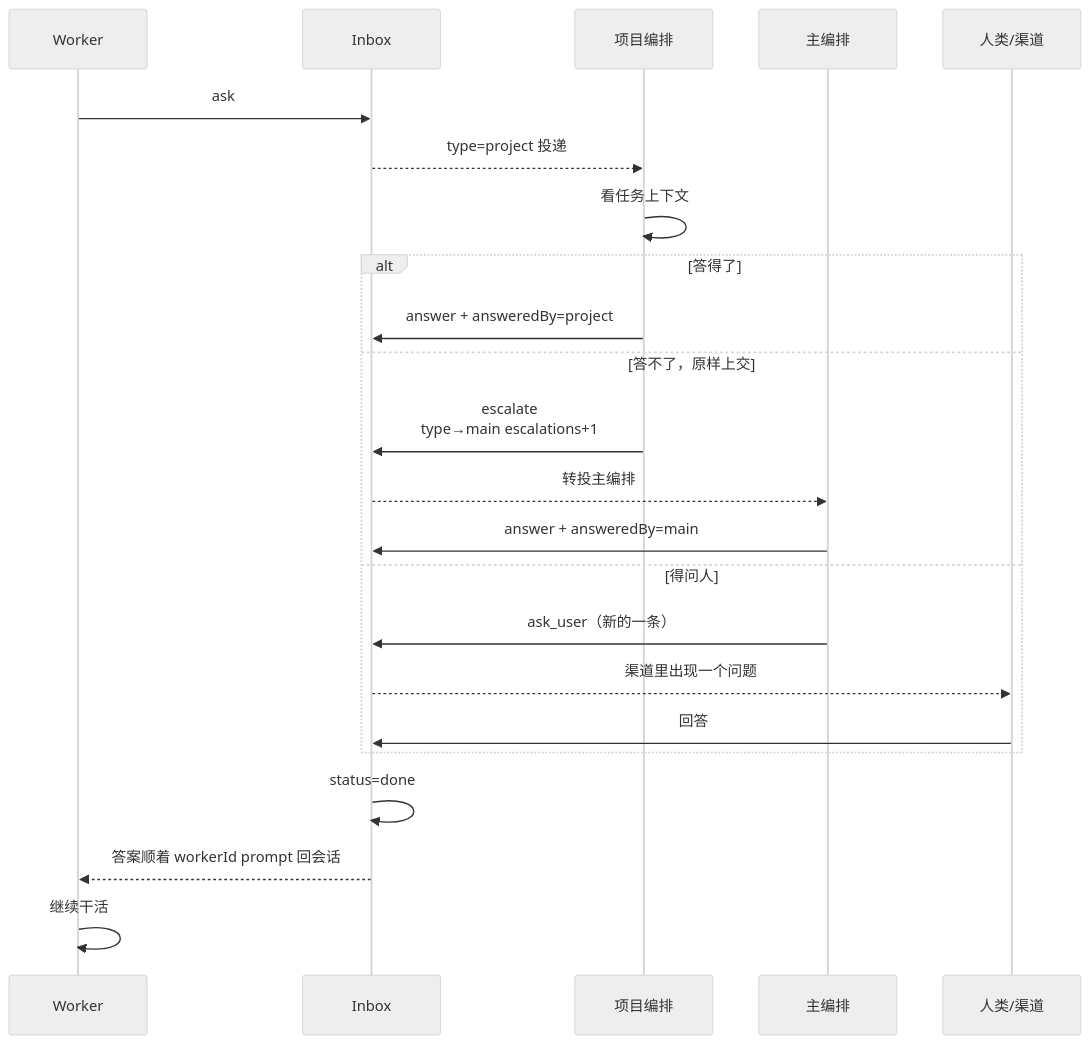
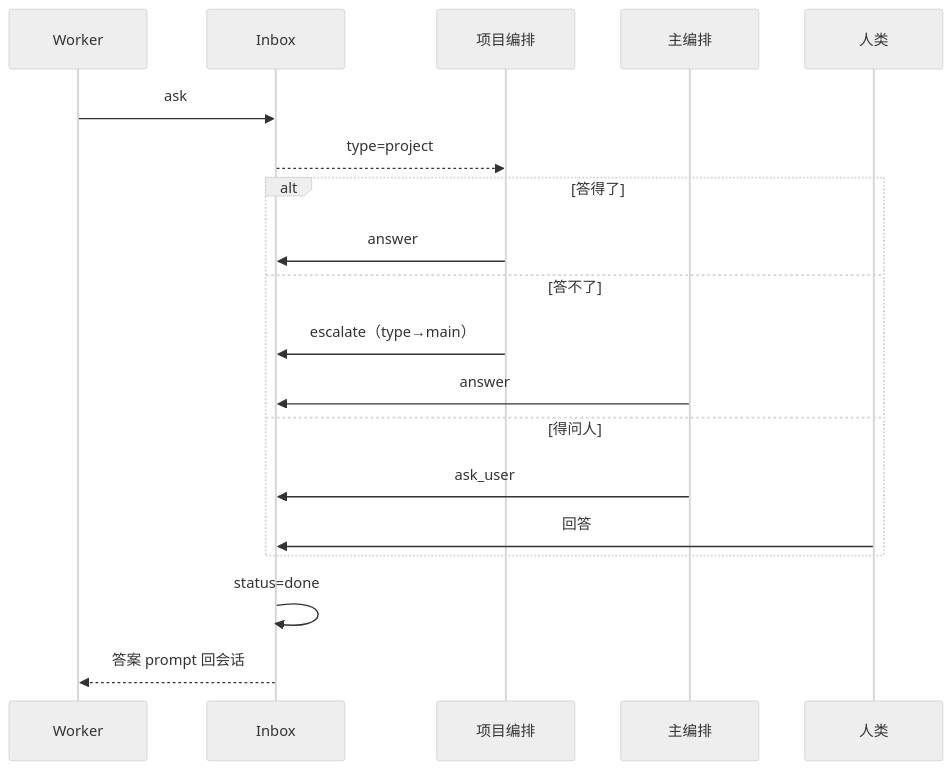
Before and after one commit to hairyf/dsh-nexus: the ninth of 21 diagrams in docs/flow.md, drawn with Mermaid (neutral theme). The commit also changed other lines of this file and 9 other files, not shown here.

````diff
--- a/docs/flow.md
+++ b/docs/flow.md
@@ -301,26 +237,22 @@
 ```mermaid
 sequenceDiagram
     participant W as Worker
     participant DB as Inbox
     participant P as 项目编排
     participant M as 主编排
-    participant U as 人类/渠道
+    participant U as 人类
 
     W->>DB: ask
-    DB-->>P: type=project 投递
-    P->>P: 看任务上下文
+    DB-->>P: type=project
     alt 答得了
-        P->>DB: answer + answeredBy=project
-    else 答不了，原样上交
-        P->>DB: escalate<br/>type→main escalations+1
-        DB-->>M: 转投主编排
-        M->>DB: answer + answeredBy=main
+        P->>DB: answer
+    else 答不了
+        P->>DB: escalate（type→main）
+        M->>DB: answer
     else 得问人
-        M->>DB: ask_user（新的一条）
-        DB-->>U: 渠道里出现一个问题
+        M->>DB: ask_user
         U->>DB: 回答
     end
     DB->>DB: status=done
-    DB-->>W: 答案顺着 workerId prompt 回会话
-    W->>W: 继续干活
+    DB-->>W: 答案 prompt 回会话
 ```
````
